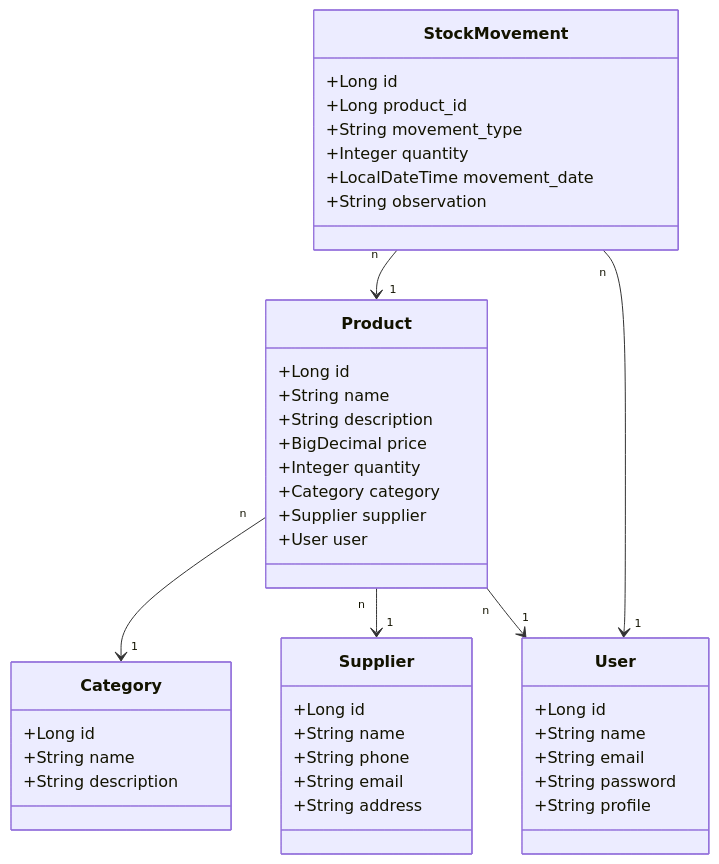
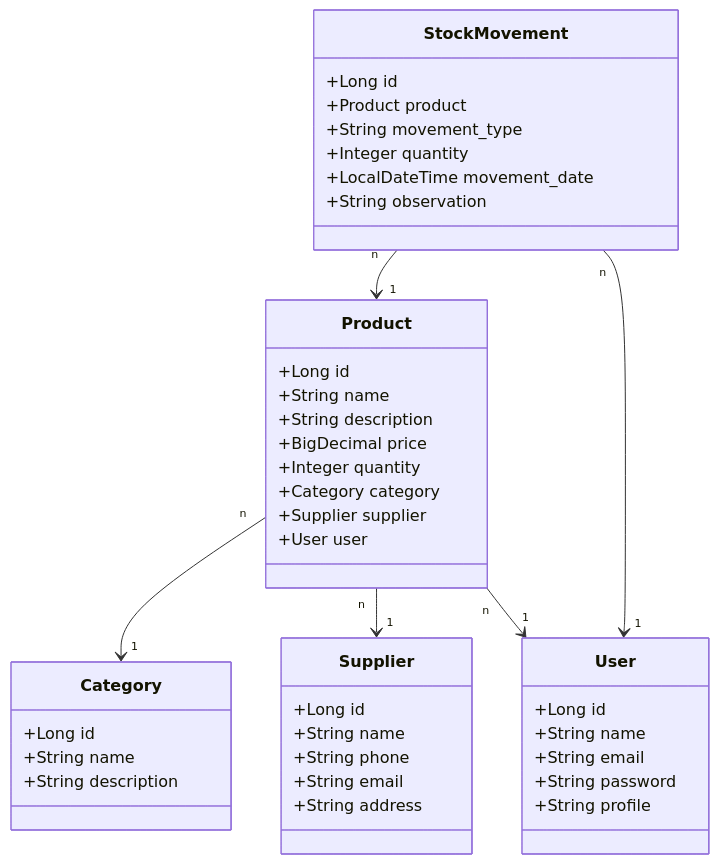
One commit to jhoony0/API-controle-de-estoque changed the diagram in README.md. Above: the diagram before and after it, drawn with Mermaid.

````diff
--- a/README.md
+++ b/README.md
@@ -4,50 +4,50 @@
 ``` mermaid
 classDiagram
     class Product {
         +Long id
         +String name
         +String description
         +BigDecimal price
         +Integer quantity
         +Category category
         +Supplier supplier
         +User user
     }
 
     class Category {
         +Long id
         +String name
         +String description
     }
 
     class Supplier {
         +Long id
         +String name
         +String phone
         +String email
         +String address
     }
 
     class StockMovement {
         +Long id
-        +Long product_id
+        +Product product
         +String movement_type
         +Integer quantity
         +LocalDateTime movement_date
         +String observation
     }
 
     class User {
         +Long id
         +String name
         +String email
         +String password
         +String profile
     }
 
     Product "n" --> "1" Category 
     Product "n" --> "1" Supplier
     Product "n" --> "1" User
     StockMovement "n" --> "1" Product
     StockMovement "n" --> "1" User
 ```
````
